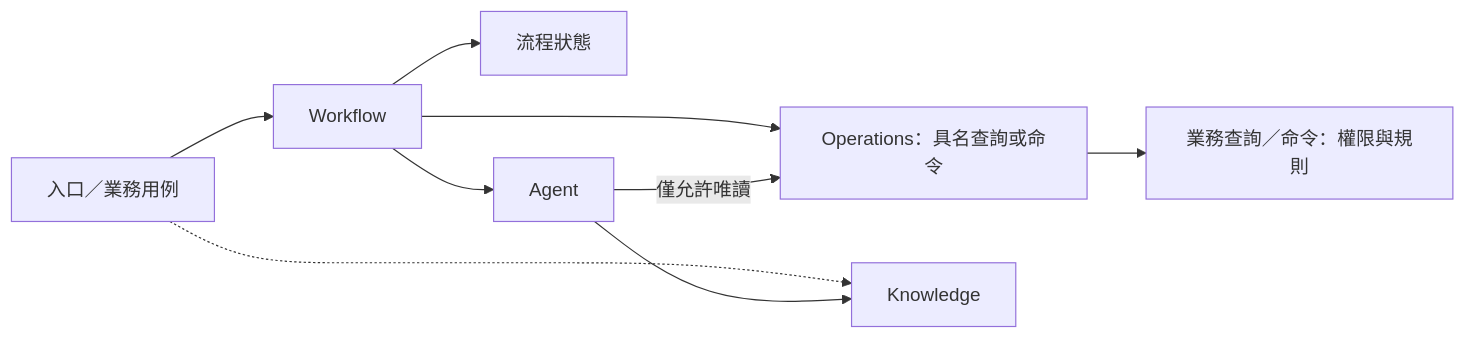
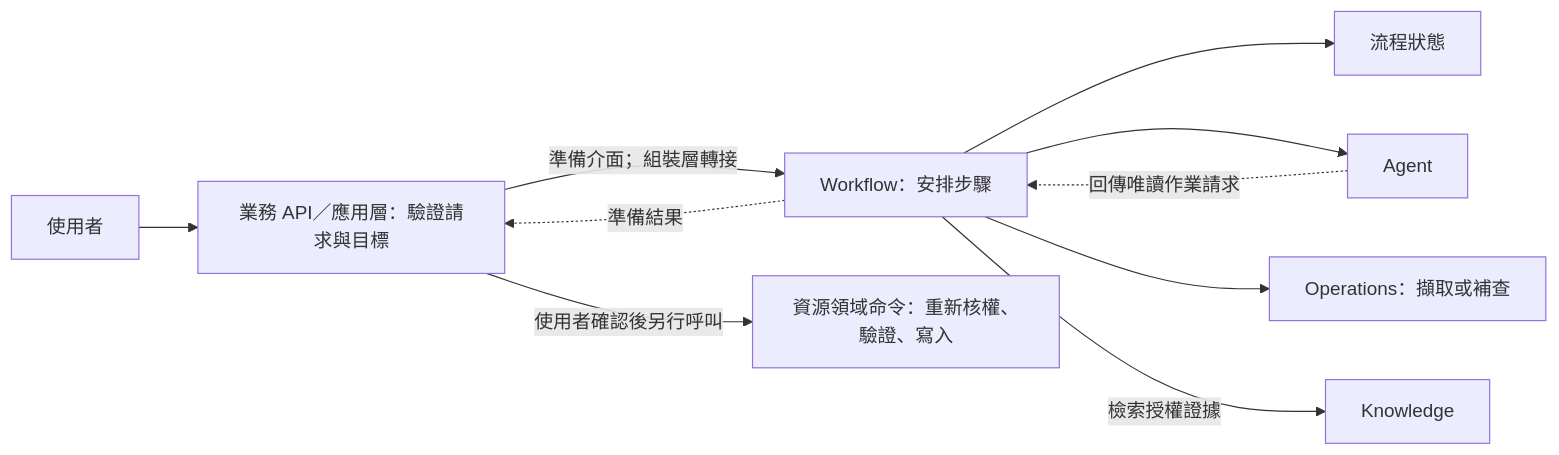
Before and after one commit to 963sup/line-mini-app-bot: the first of 2 diagrams in docs/proposals/domain-collaboration.md, drawn with Mermaid. The commit also changed other lines of this file and 38 other files, not shown here.

````diff
--- a/docs/proposals/domain-collaboration.md
+++ b/docs/proposals/domain-collaboration.md
@@ -18,11 +25,12 @@
 ```mermaid
 flowchart LR
-    U["入口／業務用例"] --> W["Workflow"]
+    U["使用者"] --> B["業務 API／應用層：驗證請求與目標"]
+    B -->|"準備介面；組裝層轉接"| W["Workflow：安排步驟"]
     W --> P["流程狀態"]
     W --> A["Agent"]
-    W --> O["Operations：具名查詢或命令"]
-    U -.-> K["Knowledge"]
-    A --> K
-    A -->|"僅允許唯讀"| O
-    O --> B["業務查詢／命令：權限與規則"]
+    W --> O["Operations：擷取或補查"]
+    W -->|"檢索授權證據"| K["Knowledge"]
+    A -.->|"回傳唯讀作業請求"| W
+    W -.->|"準備結果"| B
+    B -->|"使用者確認後另行呼叫"| C["資源領域命令：重新核權、驗證、寫入"]
 ```
````
